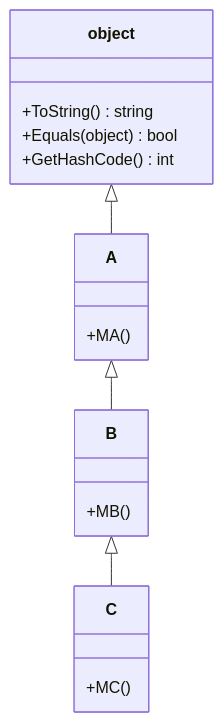
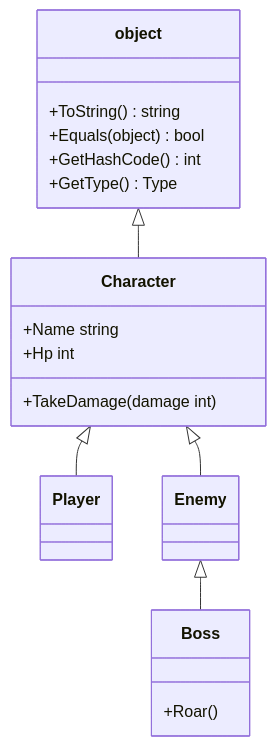
Before and after one commit to LeonAkasaka/unity-csharp-learning: the second of 2 diagrams in docs/csharp/inheritance/index.md, drawn with Mermaid. The commit also changed other lines of this file and 8 other files, not shown here.

````diff
--- a/docs/csharp/inheritance/index.md
+++ b/docs/csharp/inheritance/index.md
@@ -296,20 +386,21 @@
 ```mermaid
 classDiagram
-    object <|-- A
-    A <|-- B
-    B <|-- C
+    object <|-- Character
+    Character <|-- Player
+    Character <|-- Enemy
+    Enemy <|-- Boss
     class object {
         +ToString() string
         +Equals(object) bool
         +GetHashCode() int
+        +GetType() Type
     }
-    class A {
-        +MA()
+    class Character {
+        +Name string
+        +Hp int
+        +TakeDamage(damage int)
     }
-    class B {
-        +MB()
-    }
-    class C {
-        +MC()
+    class Boss {
+        +Roar()
     }
 ```
````
